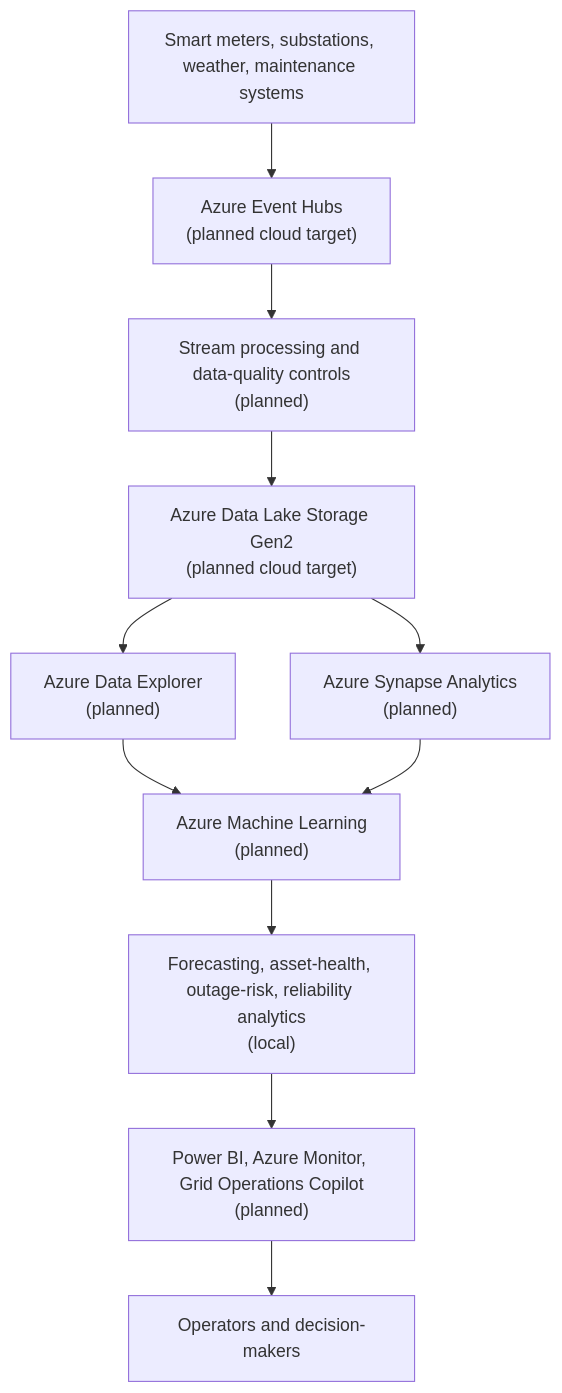
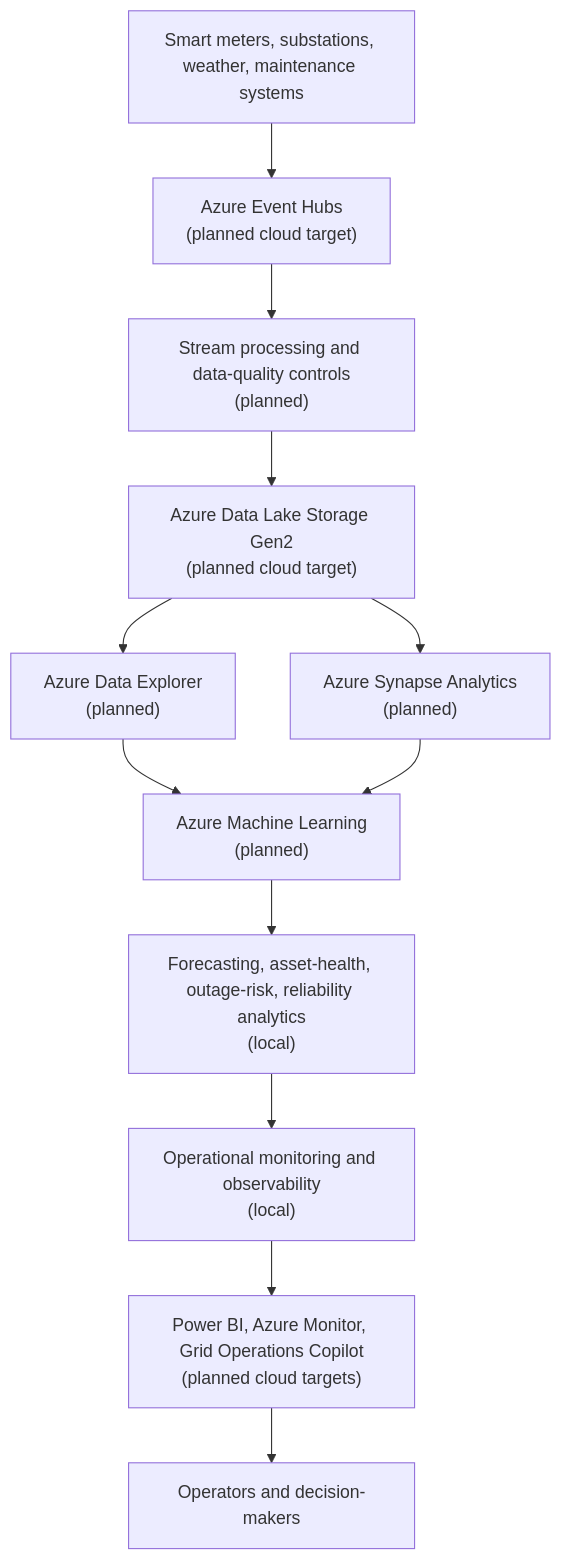
Before and after one commit to Ibraheemolasupogit/azure-grid-reliability-intelligence-platform: the diagram in diagrams/high-level-platform-architecture.mmd, drawn with Mermaid. The commit also changed 28 other files, not shown here.

Commit message:
Add platform monitoring and observability

```diff
--- a/diagrams/high-level-platform-architecture.mmd
+++ b/diagrams/high-level-platform-architecture.mmd
@@ -1,18 +1,19 @@
 flowchart TD
     sources["Smart meters, substations, weather, maintenance systems"]
     event_hubs["Azure Event Hubs<br/>(planned cloud target)"]
     stream["Stream processing and data-quality controls<br/>(planned)"]
     lake["Azure Data Lake Storage Gen2<br/>(planned cloud target)"]
     adx["Azure Data Explorer<br/>(planned)"]
     synapse["Azure Synapse Analytics<br/>(planned)"]
     aml["Azure Machine Learning<br/>(planned)"]
     intelligence["Forecasting, asset-health, outage-risk, reliability analytics<br/>(local)"]
-    operations["Power BI, Azure Monitor, Grid Operations Copilot<br/>(planned)"]
+    monitoring["Operational monitoring and observability<br/>(local)"]
+    operations["Power BI, Azure Monitor, Grid Operations Copilot<br/>(planned cloud targets)"]
     users["Operators and decision-makers"]
 
     sources --> event_hubs --> stream --> lake
     lake --> adx
     lake --> synapse
     adx --> aml
     synapse --> aml
-    aml --> intelligence --> operations --> users
+    aml --> intelligence --> monitoring --> operations --> users
```
